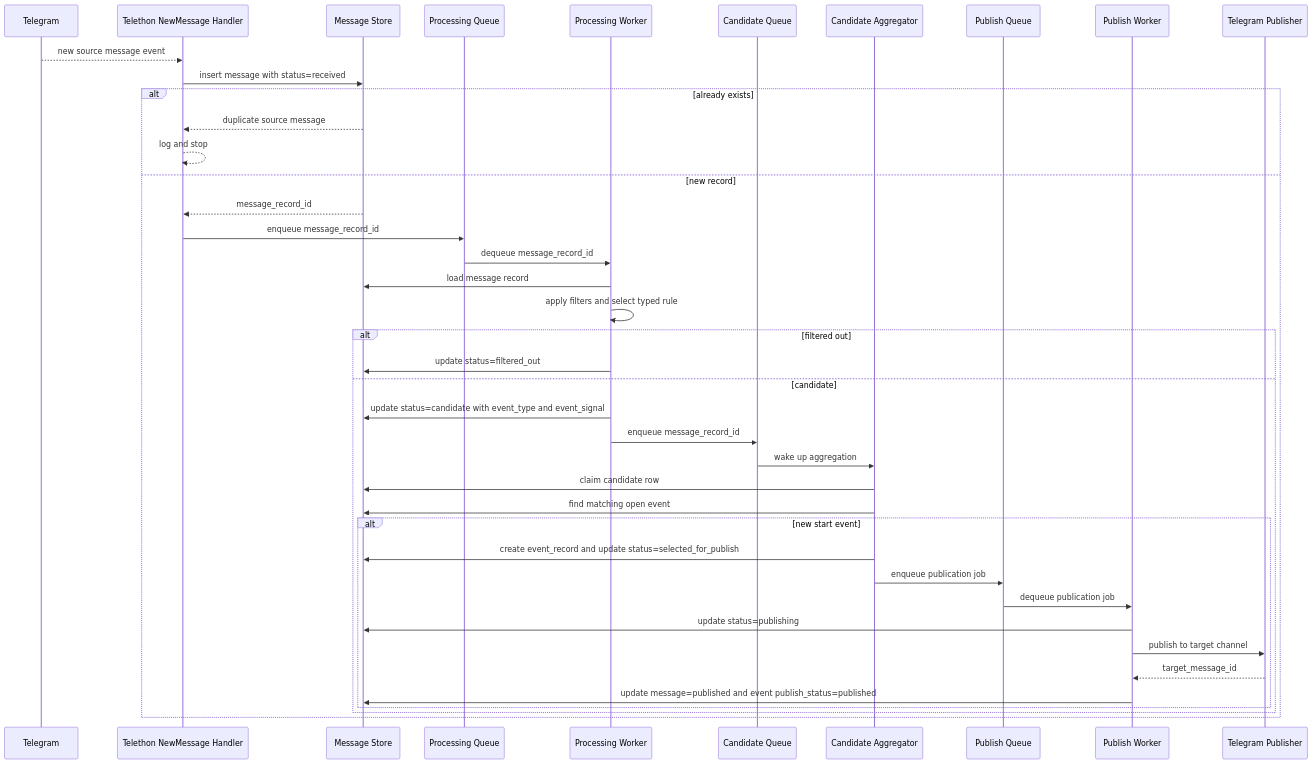
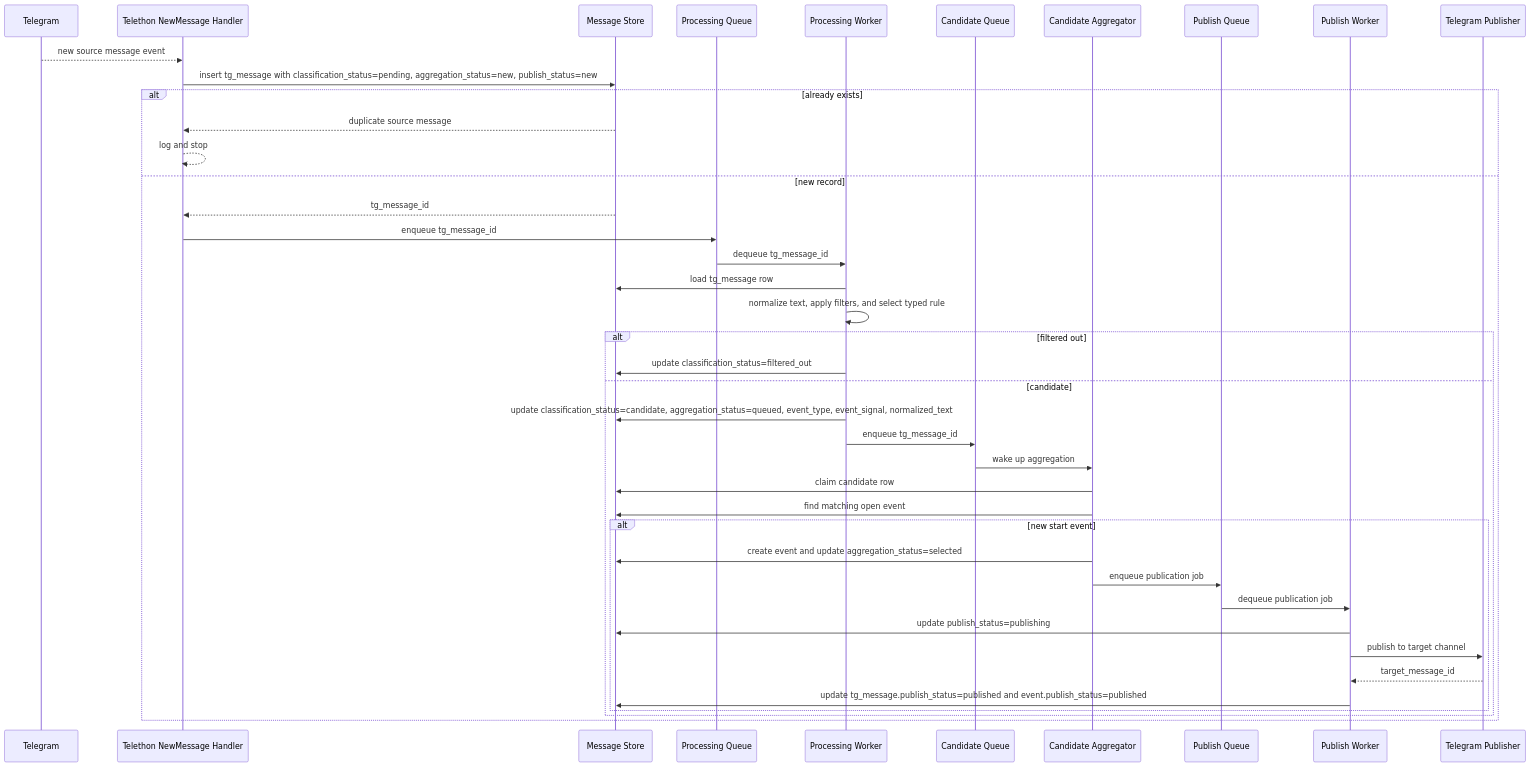
The fifth of 9 diagrams in docs/project/architecture-spec.md (Volodymyt/Telegram-ggregator), drawn with Mermaid before and after one commit. The commit also changed other lines of this file and 41 other files, not shown here.

````diff
--- a/docs/project/architecture-spec.md
+++ b/docs/project/architecture-spec.md
@@ -347,44 +361,44 @@
 ```mermaid
 sequenceDiagram
     participant Telegram
     participant Reader as Telethon NewMessage Handler
     participant Store as Message Store
     participant ProcQueue as Processing Queue
     participant ProcWorker as Processing Worker
     participant CandQueue as Candidate Queue
     participant Agg as Candidate Aggregator
     participant PubQueue as Publish Queue
     participant PubWorker as Publish Worker
     participant Publisher as Telegram Publisher
 
     Telegram-->>Reader: new source message event
-    Reader->>Store: insert message with status=received
+    Reader->>Store: insert tg_message with classification_status=pending, aggregation_status=new, publish_status=new
     alt already exists
         Store-->>Reader: duplicate source message
         Reader-->>Reader: log and stop
     else new record
-        Store-->>Reader: message_record_id
-        Reader->>ProcQueue: enqueue message_record_id
-        ProcQueue->>ProcWorker: dequeue message_record_id
-        ProcWorker->>Store: load message record
-        ProcWorker->>ProcWorker: apply filters and select typed rule
+        Store-->>Reader: tg_message_id
+        Reader->>ProcQueue: enqueue tg_message_id
+        ProcQueue->>ProcWorker: dequeue tg_message_id
+        ProcWorker->>Store: load tg_message row
+        ProcWorker->>ProcWorker: normalize text, apply filters, and select typed rule
         alt filtered out
-            ProcWorker->>Store: update status=filtered_out
+            ProcWorker->>Store: update classification_status=filtered_out
         else candidate
-            ProcWorker->>Store: update status=candidate with event_type and event_signal
-            ProcWorker->>CandQueue: enqueue message_record_id
+            ProcWorker->>Store: update classification_status=candidate, aggregation_status=queued, event_type, event_signal, normalized_text
+            ProcWorker->>CandQueue: enqueue tg_message_id
             CandQueue->>Agg: wake up aggregation
             Agg->>Store: claim candidate row
             Agg->>Store: find matching open event
             alt new start event
-                Agg->>Store: create event_record and update status=selected_for_publish
+                Agg->>Store: create event and update aggregation_status=selected
                 Agg->>PubQueue: enqueue publication job
                 PubQueue->>PubWorker: dequeue publication job
-                PubWorker->>Store: update status=publishing
+                PubWorker->>Store: update publish_status=publishing
                 PubWorker->>Publisher: publish to target channel
                 Publisher-->>PubWorker: target_message_id
-                PubWorker->>Store: update message=published and event publish_status=published
+                PubWorker->>Store: update tg_message.publish_status=published and event.publish_status=published
             end
         end
     end
 ```
````
